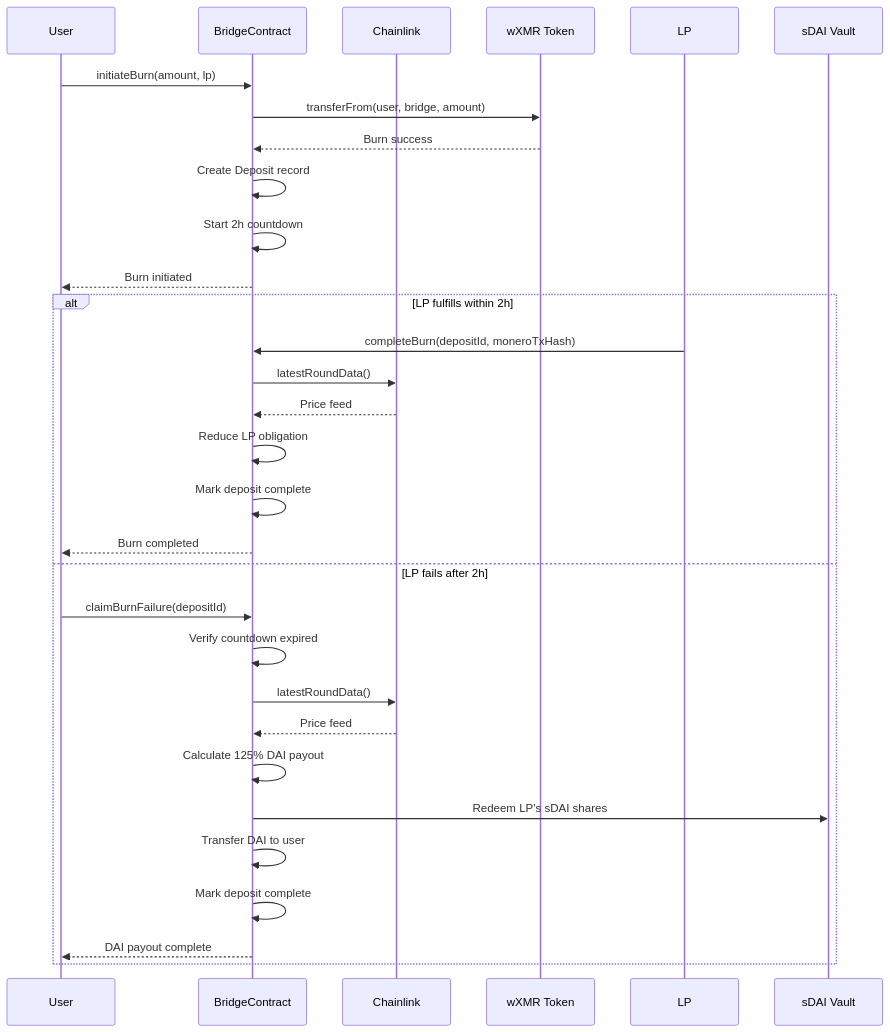
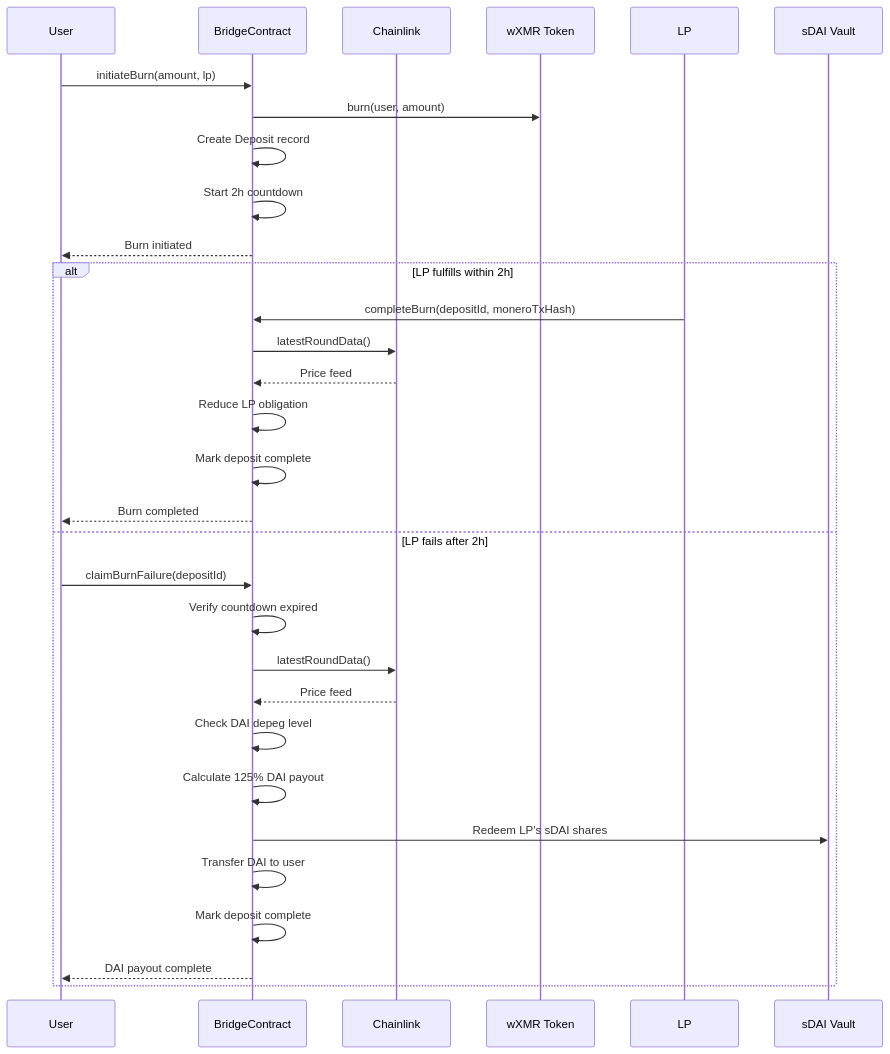
One commit to madschristensen99/fungerbil changed the second of 2 diagrams in SYNTHWRAP.md. Above: the diagram before and after it, drawn with Mermaid. The commit also changed other lines of this file, not shown here.

First line of the commit message:
Revise bridge specification to v5.0 with updates

````diff
--- a/SYNTHWRAP.md
+++ b/SYNTHWRAP.md
@@ -779,35 +950,35 @@
 ```mermaid
 sequenceDiagram
     participant User
     participant BridgeContract
     participant Chainlink
     participant wXMR Token
     participant LP
     participant sDAI Vault
 
     User->>BridgeContract: initiateBurn(amount, lp)
-    BridgeContract->>wXMR Token: transferFrom(user, bridge, amount)
-    wXMR Token-->>BridgeContract: Burn success
+    BridgeContract->>wXMR Token: burn(user, amount)
     BridgeContract->>BridgeContract: Create Deposit record
     BridgeContract->>BridgeContract: Start 2h countdown
     BridgeContract-->>User: Burn initiated
     
     alt LP fulfills within 2h
         LP->>BridgeContract: completeBurn(depositId, moneroTxHash)
         BridgeContract->>Chainlink: latestRoundData()
         Chainlink-->>BridgeContract: Price feed
         BridgeContract->>BridgeContract: Reduce LP obligation
         BridgeContract->>BridgeContract: Mark deposit complete
         BridgeContract-->>User: Burn completed
     else LP fails after 2h
         User->>BridgeContract: claimBurnFailure(depositId)
         BridgeContract->>BridgeContract: Verify countdown expired
         BridgeContract->>Chainlink: latestRoundData()
         Chainlink-->>BridgeContract: Price feed
+        BridgeContract->>BridgeContract: Check DAI depeg level
         BridgeContract->>BridgeContract: Calculate 125% DAI payout
         BridgeContract->>sDAI Vault: Redeem LP's sDAI shares
         BridgeContract->>BridgeContract: Transfer DAI to user
         BridgeContract->>BridgeContract: Mark deposit complete
         BridgeContract-->>User: DAI payout complete
     end
 ```
````
